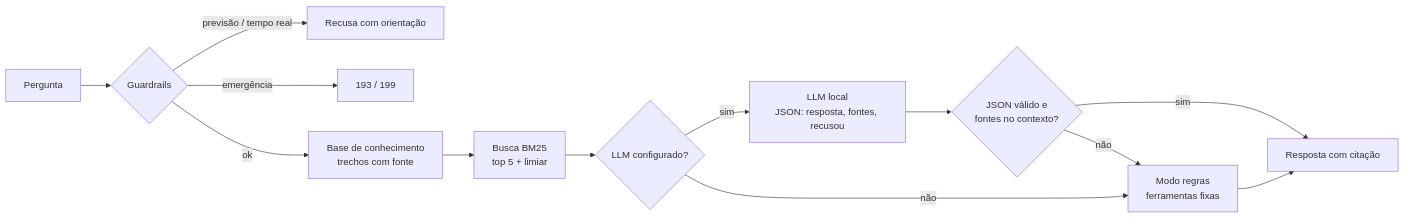
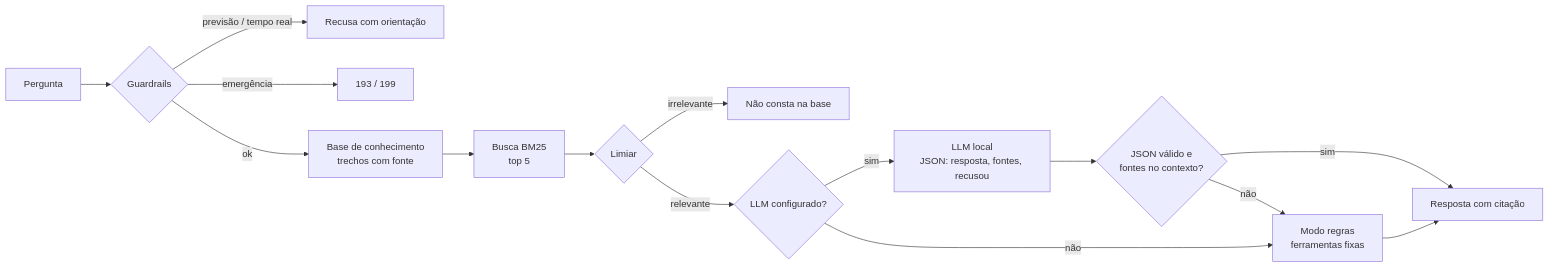
The diagram in docs/assistente-ia.md (GeovannaSCunha/AlertaBairro), drawn with Mermaid before and after one commit. The commit also changed other lines of this file and 14 other files, not shown here.

````diff
--- a/docs/assistente-ia.md
+++ b/docs/assistente-ia.md
@@ -7,15 +7,17 @@
 ```mermaid
 flowchart LR
   Q[Pergunta] --> G{Guardrails}
   G -- previsão / tempo real --> R1[Recusa com orientação]
   G -- emergência --> R2[193 / 199]
   G -- ok --> K[Base de conhecimento<br/>trechos com fonte]
-  K --> B[Busca BM25<br/>top 5 + limiar]
-  B --> M{LLM configurado?}
+  K --> B[Busca BM25<br/>top 5]
+  B --> LI{Limiar}
+  LI -- irrelevante --> RL[Não consta na base]
+  LI -- relevante --> M{LLM configurado?}
   M -- sim --> L[LLM local<br/>JSON: resposta, fontes, recusou]
   L --> V{JSON válido e<br/>fontes no contexto?}
   V -- sim --> OK[Resposta com citação]
   V -- não --> RG
   M -- não --> RG[Modo regras<br/>ferramentas fixas]
   RG --> OK
 ```
````
